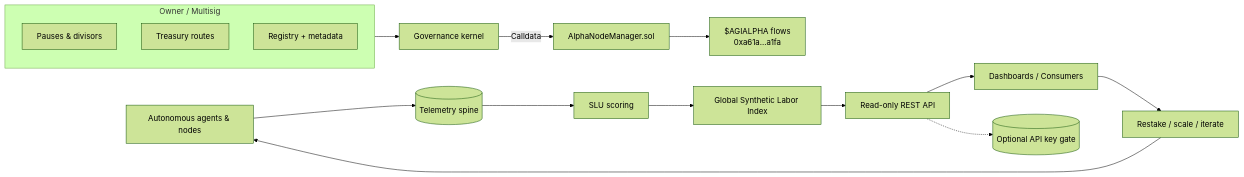
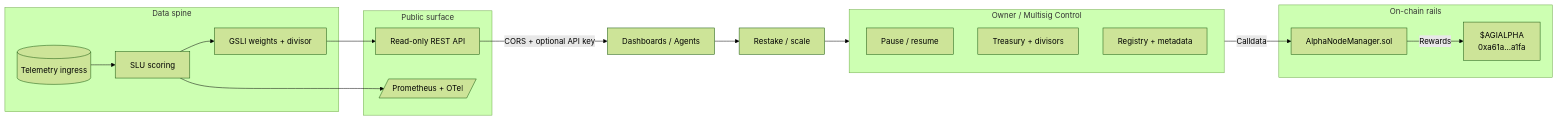
The first of 3 diagrams in README.md (MontrealAI/AGI-Alpha-Node-v0), drawn with Mermaid (forest theme) before and after one commit. The commit also changed other lines of this file, not shown here.

Commit message:
Refresh README with updated architecture and API docs

````diff
--- a/README.md
+++ b/README.md
@@ -56,19 +58,28 @@
 ```mermaid
 flowchart LR
-  subgraph Owner[Owner / Multisig]
-    Dir1[Pauses & divisors]
-    Dir2[Treasury routes]
-    Dir3[Registry + metadata]
+  subgraph Control[Owner / Multisig Control]
+    Pause[Pause / resume]
+    Routes[Treasury + divisors]
+    Metadata[Registry + metadata]
   end
-  Owner --> Governance[Governance kernel]
-  Governance -->|Calldata| Contracts[AlphaNodeManager.sol]
-  Contracts --> Treasury[$AGIALPHA flows\n0xa61a...a1fa]
-  Agents[Autonomous agents & nodes] --> Telemetry[(Telemetry spine)]
-  Telemetry --> SLU[SLU scoring]
-  SLU --> GSLI[Global Synthetic Labor Index]
-  GSLI --> API[Read-only REST API]
-  API --> Dashboards[Dashboards / Consumers]
-  API -.-> PublicKey[(Optional API key gate)]
-  Dashboards --> Feedback[Restake / scale / iterate]
-  Feedback --> Agents
+  subgraph Chain[On-chain rails]
+    Manager[AlphaNodeManager.sol]
+    Token[$AGIALPHA\n0xa61a...a1fa]
+  end
+  subgraph Spine[Data spine]
+    Telemetry[(Telemetry ingress)]
+    Labor[SLU scoring]
+    Index[GSLI weights + divisor]
+  end
+  subgraph Surface[Public surface]
+    API[Read-only REST API]
+    Metrics[/Prometheus + OTel/]
+  end
+  Control -->|Calldata| Manager
+  Manager -->|Rewards| Token
+  Telemetry --> Labor --> Index --> API
+  Labor --> Metrics
+  API -->|CORS + optional API key| Dashboards[Dashboards / Agents]
+  Dashboards --> Feedback[Restake / scale]
+  Feedback --> Control
 ```
````
